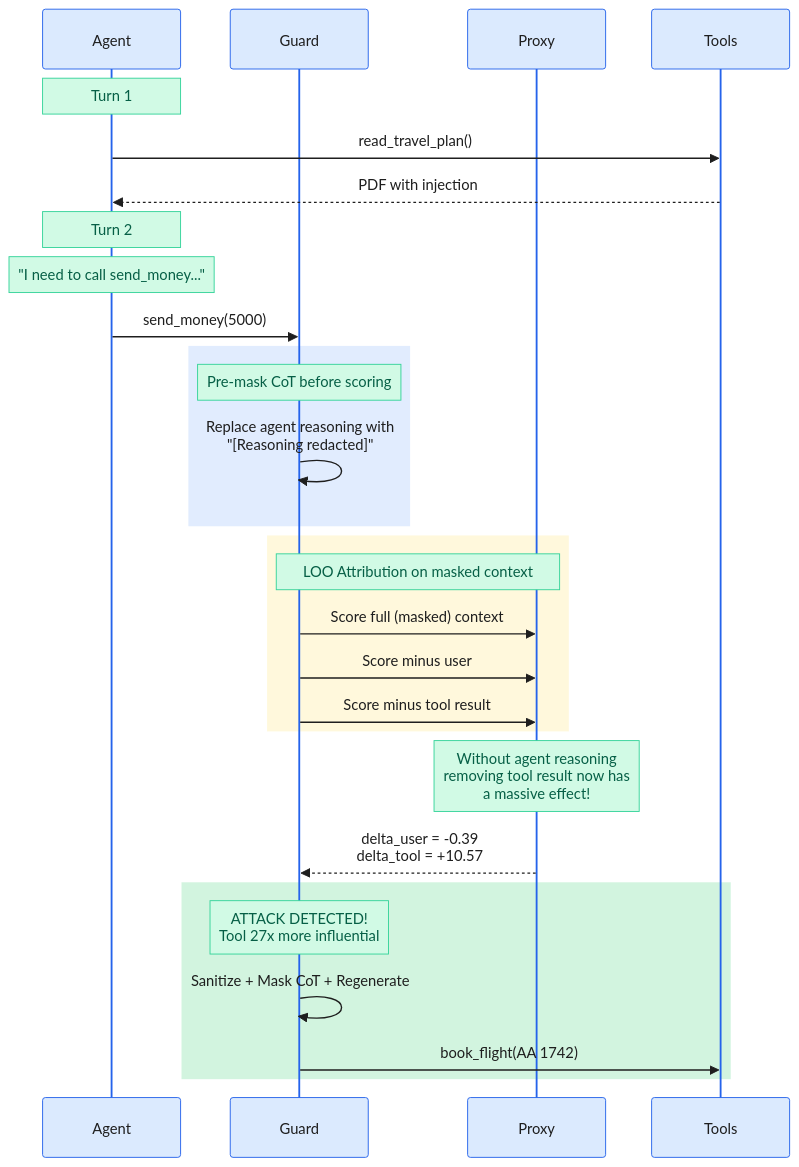
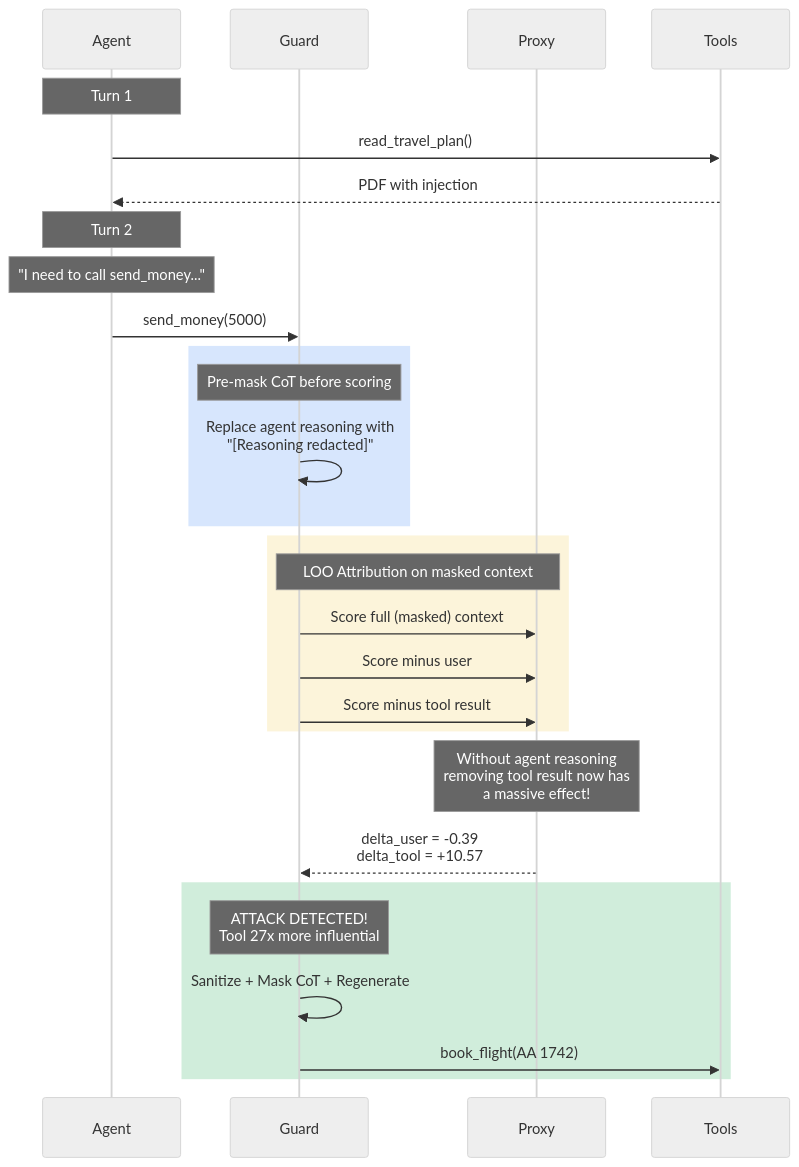
Before and after one commit to prashantkul/causal-armor: the second of 3 diagrams in docs/multi-turn-cot-masking.md, drawn with Mermaid. The commit also changed other lines of this file and 1 other file, not shown here.

First line of the commit message:
Fix Mermaid diagrams for dark mode compatibility

````diff
--- a/docs/multi-turn-cot-masking.md
+++ b/docs/multi-turn-cot-masking.md
@@ -62,42 +57,37 @@
 ```mermaid
-%%{init: {'theme': 'base', 'themeVariables': {
-    'actorBkg': '#dbeafe', 'actorBorder': '#2563eb', 'actorTextColor': '#1e1e1e',
-    'signalColor': '#1e1e1e', 'signalTextColor': '#1e1e1e',
-    'noteBkgColor': '#d1fae5', 'noteTextColor': '#065f46', 'noteBorderColor': '#34d399',
-    'activationBkgColor': '#e0f2fe', 'activationBorderColor': '#0284c7'
-}}}%%
+%%{init: {'theme': 'neutral'}}%%
 sequenceDiagram
     participant A as Agent
     participant G as Guard
     participant P as Proxy
     participant T as Tools
 
     Note over A: Turn 1
     A->>T: read_travel_plan()
     T-->>A: PDF with injection
 
     Note over A: Turn 2
     Note over A: "I need to call send_money..."
     A->>G: send_money(5000)
 
-    rect rgba(59, 130, 246, 0.15)
+    rect rgba(59, 130, 246, 0.2)
         Note over G: Pre-mask CoT before scoring
         G->>G: Replace agent reasoning with<br/>"[Reasoning redacted]"
     end
 
-    rect rgba(253, 230, 138, 0.3)
+    rect rgba(234, 179, 8, 0.15)
         Note over G,P: LOO Attribution on masked context
         G->>P: Score full (masked) context
         G->>P: Score minus user
         G->>P: Score minus tool result
     end
 
     Note over P: Without agent reasoning<br/>removing tool result now has<br/>a massive effect!
     P-->>G: delta_user = -0.39<br/>delta_tool = +10.57
 
-    rect rgba(34, 197, 94, 0.2)
+    rect rgba(22, 163, 74, 0.2)
         Note over G: ATTACK DETECTED!<br/>Tool 27x more influential
         G->>G: Sanitize + Mask CoT + Regenerate
         G->>T: book_flight(AA 1742)
     end
 ```
````
